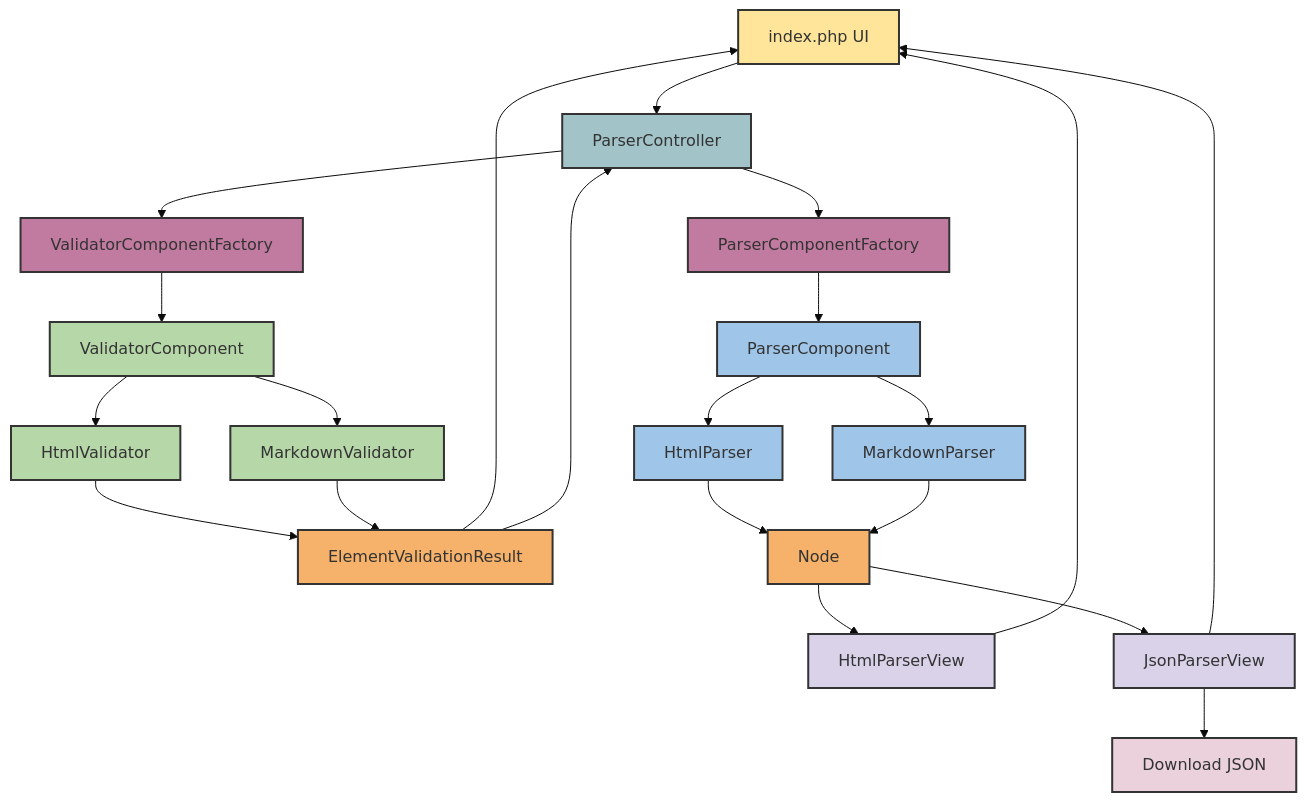
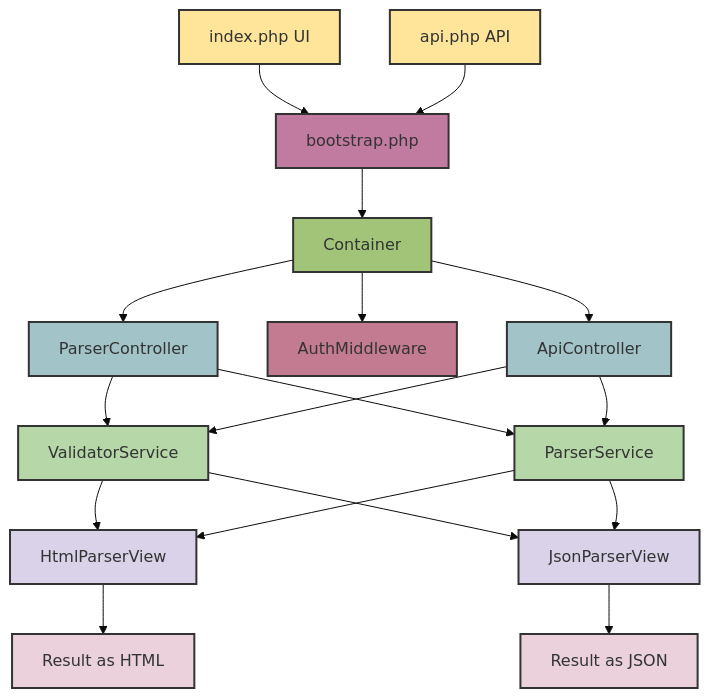
One commit to niccolovettorello1997/docparser-php changed the diagram in README.md. Above: the diagram before and after it, drawn with Mermaid (base theme). The commit also changed other lines of this file and 123 other files, not shown here.

Commit message:
refactor(api): refactored the project to be a micro-service

````diff
--- a/README.md
+++ b/README.md
@@ -80,68 +88,50 @@
 ```mermaid
 flowchart TD
-    %% Entry point / UI
-    A["index.php UI"] --> B["ParserController"]
+    %% Entry point UI
+    A["index.php UI"] --> E["bootstrap.php"]
+    E --> O["Container"]
+    O --> B["ParserController"]
 
-    %% Validation
-    B --> C["ValidatorComponentFactory"]
-    C --> D["ValidatorComponent"]
+    %% Entry point API
+    C["api.php API"] --> E
+    O --> N["AuthMiddleware"]
+    O --> D["ApiController"]
 
-    %% Validators
-    D --> E["HtmlValidator"]
-    D --> F["MarkdownValidator"]
-
-    %% ElementValidationResult
-    E --> G["ElementValidationResult"]
-    F --> G
-
-    %% Validation fails
-    G --> A
-
-    %% Validation ok
-    G --> B
-
-    %% Parsing
-    B --> H["ParserComponentFactory"]
-    H --> I["ParserComponent"]
-
-    %% Parsers
-    I --> J["HtmlParser"]
-    I --> K["MarkdownParser"]
-
-    %% Node
-    J --> L["Node"]
-    K --> L
+    %% Services
+    B --> F["ValidatorService"]
+    B --> G["ParserService"]
+    D --> F
+    D --> G
 
     %% View
-    L --> M["HtmlParserView"]
-    L --> N["JsonParserView"]
+    F --> H["HtmlParserView"]
+    F --> I["JsonParserView"]
+    G --> H
+    G --> I
 
-    %% Back to UI
-    M --> A
-    N --> A
-
-    %% Optional: File download
-    N --> O["Download JSON"]
+    %% Results
+    H --> L["Result as HTML"]
+    I --> M["Result as JSON"]
 
     %% ---------------------------
     %% Style definitions
-    classDef ui fill:#ffe599,stroke:#333,stroke-width:2px
+    classDef entrypoint fill:#ffe599,stroke:#333,stroke-width:2px
     classDef controller fill:#a2c4c9,stroke:#333,stroke-width:2px
-    classDef factory fill:#c27ba0,stroke:#333,stroke-width:2px
-    classDef validator fill:#b6d7a8,stroke:#333,stroke-width:2px
-    classDef model fill:#f6b26b,stroke:#333,stroke-width:2px
-    classDef parser fill:#9fc5e8,stroke:#333,stroke-width:2px
+    classDef container fill:#a2c479,stroke:#333,stroke-width:2px
+    classDef bootstrap fill:#c27ba0,stroke:#333,stroke-width:2px
+    classDef auth fill:#c27b90,stroke:#333,stroke-width:2px
+    classDef service fill:#b6d7a8,stroke:#333,stroke-width:2px
     classDef view fill:#d9d2e9,stroke:#333,stroke-width:2px
-    classDef download fill:#ead1dc,stroke:#333,stroke-width:2px
+    classDef result fill:#ead1dc,stroke:#333,stroke-width:2px
 
     %% ---------------------------
     %% Assign classes
-    class A ui
-    class B controller
-    class C,H factory
-    class D,E,F validator
-    class G,L model
-    class I,J,K parser
-    class M,N view
-    class O download
+    class A,C entrypoint
+    class B,D controller
+    class O container
+    class E bootstrap
+    class N auth
+    class F,G service
+    class H,I view
+    class L,M result
 ```
````
